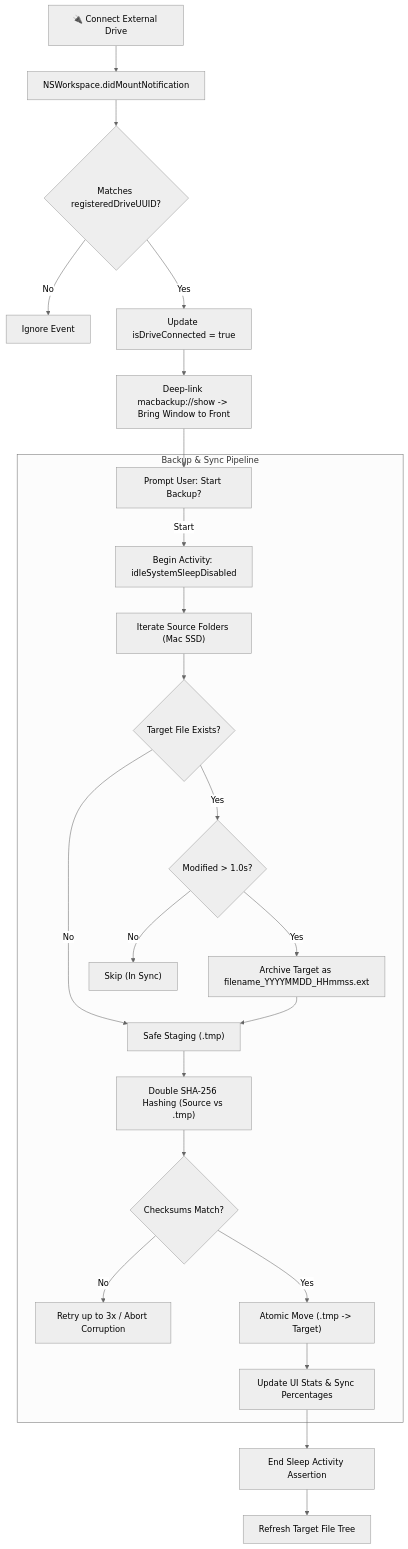
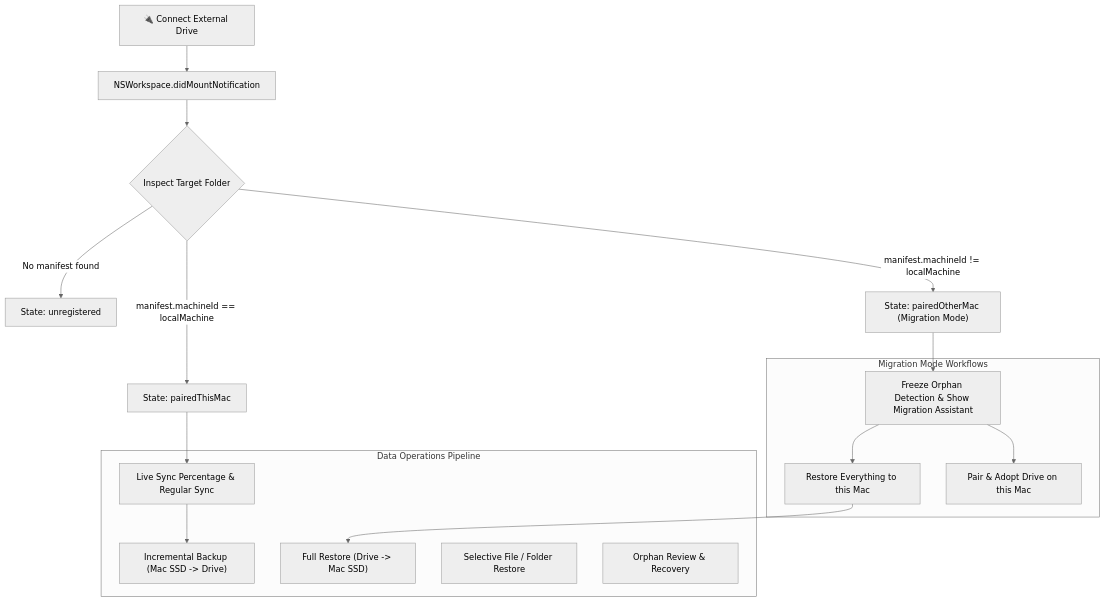
The diagram in ARCHITECTURE.md (rituparnaprof/macbackup), drawn with Mermaid (neutral theme) before and after one commit. The commit also changed other lines of this file and 6 other files, not shown here.

First line of the commit message:
feat(v1.1.0): add migration assistant, restore engine, robust registration, and orphan management

````diff
--- a/ARCHITECTURE.md
+++ b/ARCHITECTURE.md
@@ -9,28 +9,23 @@
 ```mermaid
 flowchart TD
     A["🔌 Connect External Drive"] --> B["NSWorkspace.didMountNotification"]
-    B --> C{"Matches registeredDriveUUID?"}
-    C -- No --> D["Ignore Event"]
-    C -- Yes --> E["Update isDriveConnected = true"]
-    E --> F["Deep-link macbackup://show -> Bring Window to Front"]
-    F --> G["Prompt User: Start Backup?"]
+    B --> C{"Inspect Target Folder"}
+    C -- "No manifest found" --> D["State: unregistered"]
+    C -- "manifest.machineId == localMachine" --> E["State: pairedThisMac"]
+    C -- "manifest.machineId != localMachine" --> F["State: pairedOtherMac (Migration Mode)"]
     
-    subgraph BackupPipeline ["Backup & Sync Pipeline"]
-        G -- Start --> H["Begin Activity: idleSystemSleepDisabled"]
-        H --> I["Iterate Source Folders (Mac SSD)"]
-        I --> J{"Target File Exists?"}
-        J -- No --> K["Safe Staging (.tmp)"]
-        J -- Yes --> L{"Modified > 1.0s?"}
-        L -- No --> M["Skip (In Sync)"]
-        L -- Yes --> N["Archive Target as filename_YYYYMMDD_HHmmss.ext"]
-        N --> K
-        K --> O["Double SHA-256 Hashing (Source vs .tmp)"]
-        O --> P{"Checksums Match?"}
-        P -- No --> Q["Retry up to 3x / Abort Corruption"]
-        P -- Yes --> R["Atomic Move (.tmp -> Target)"]
-        R --> S["Update UI Stats & Sync Percentages"]
+    E --> G["Live Sync Percentage & Regular Sync"]
+    F --> H["Freeze Orphan Detection & Show Migration Assistant"]
+    
+    subgraph MigrationAssistant ["Migration Mode Workflows"]
+        H --> H1["Restore Everything to this Mac"]
+        H --> H2["Pair & Adopt Drive on this Mac"]
     end
     
-    S --> T["End Sleep Activity Assertion"]
-    T --> U["Refresh Target File Tree"]
+    subgraph DataOperations ["Data Operations Pipeline"]
+        G --> OP1["Incremental Backup (Mac SSD -> Drive)"]
+        H1 --> OP2["Full Restore (Drive -> Mac SSD)"]
+        OP3["Selective File / Folder Restore"]
+        OP4["Orphan Review & Recovery"]
+    end
 ```
````
